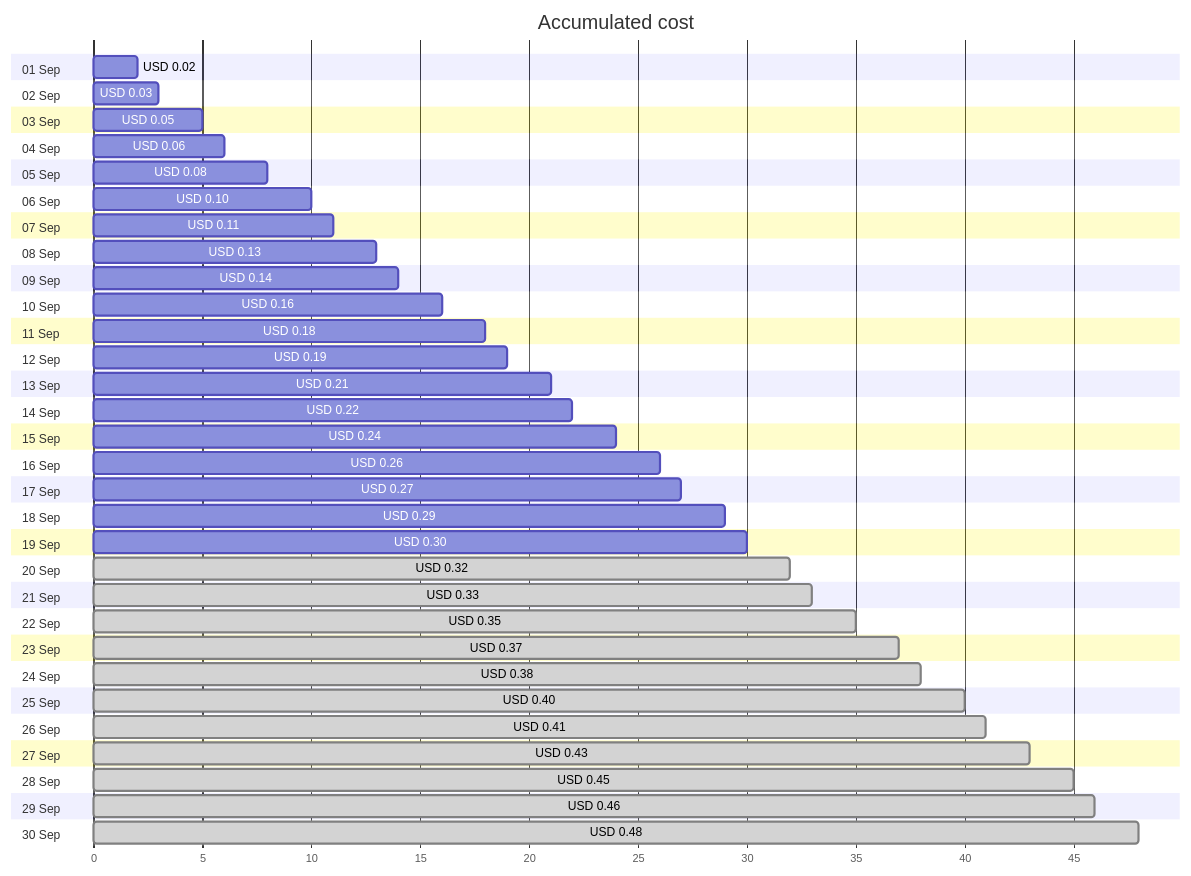
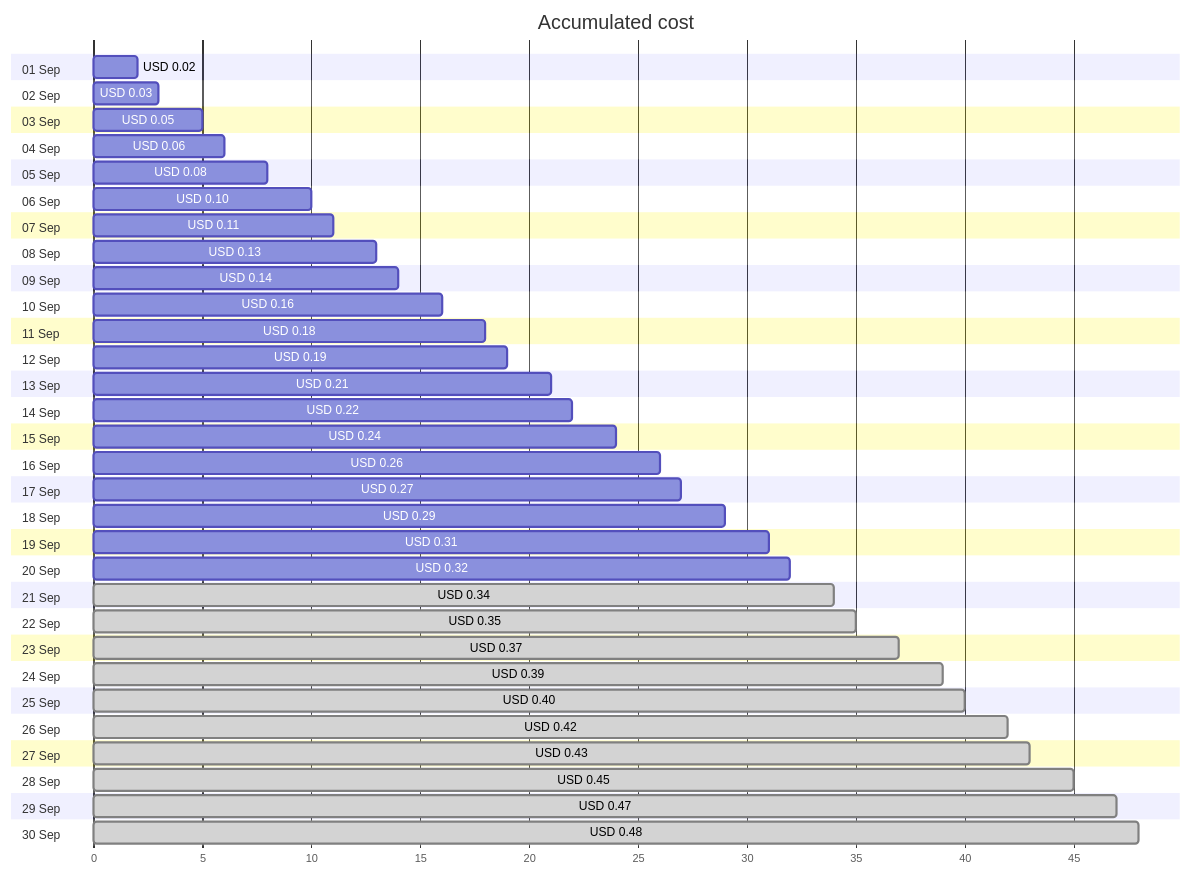
One commit to jpfulton/azure-personal-reports changed the first of 4 diagrams in cost-reports/personal-network/private.jpatrickfulton.com.md. Above: the diagram before and after it, drawn with Mermaid. The commit also changed other lines of this file and 9 other files, not shown here.

````diff
--- a/cost-reports/personal-network/private.jpatrickfulton.com.md
+++ b/cost-reports/personal-network/private.jpatrickfulton.com.md
@@ -20,66 +20,66 @@
 ```mermaid
 gantt
    title Accumulated cost
    dateFormat  X
    axisFormat %s
    section 01 Sep
    USD 0.02 :0, 2
    section 02 Sep
    USD 0.03 :0, 3
    section 03 Sep
    USD 0.05 :0, 5
    section 04 Sep
    USD 0.06 :0, 6
    section 05 Sep
    USD 0.08 :0, 8
    section 06 Sep
    USD 0.10 :0, 10
    section 07 Sep
    USD 0.11 :0, 11
    section 08 Sep
    USD 0.13 :0, 13
    section 09 Sep
    USD 0.14 :0, 14
    section 10 Sep
    USD 0.16 :0, 16
    section 11 Sep
    USD 0.18 :0, 18
    section 12 Sep
    USD 0.19 :0, 19
    section 13 Sep
    USD 0.21 :0, 21
    section 14 Sep
    USD 0.22 :0, 22
    section 15 Sep
    USD 0.24 :0, 24
    section 16 Sep
    USD 0.26 :0, 26
    section 17 Sep
    USD 0.27 :0, 27
    section 18 Sep
    USD 0.29 :0, 29
    section 19 Sep
-   USD 0.30 :0, 30
+   USD 0.31 :0, 31
    section 20 Sep
-   USD 0.32 : done, 0, 32
+   USD 0.32 :0, 32
    section 21 Sep
-   USD 0.33 : done, 0, 33
+   USD 0.34 : done, 0, 34
    section 22 Sep
    USD 0.35 : done, 0, 35
    section 23 Sep
    USD 0.37 : done, 0, 37
    section 24 Sep
-   USD 0.38 : done, 0, 38
+   USD 0.39 : done, 0, 39
    section 25 Sep
    USD 0.40 : done, 0, 40
    section 26 Sep
-   USD 0.41 : done, 0, 41
+   USD 0.42 : done, 0, 42
    section 27 Sep
    USD 0.43 : done, 0, 43
    section 28 Sep
    USD 0.45 : done, 0, 45
    section 29 Sep
-   USD 0.46 : done, 0, 46
+   USD 0.47 : done, 0, 47
    section 30 Sep
    USD 0.48 : done, 0, 48
 ```
````
